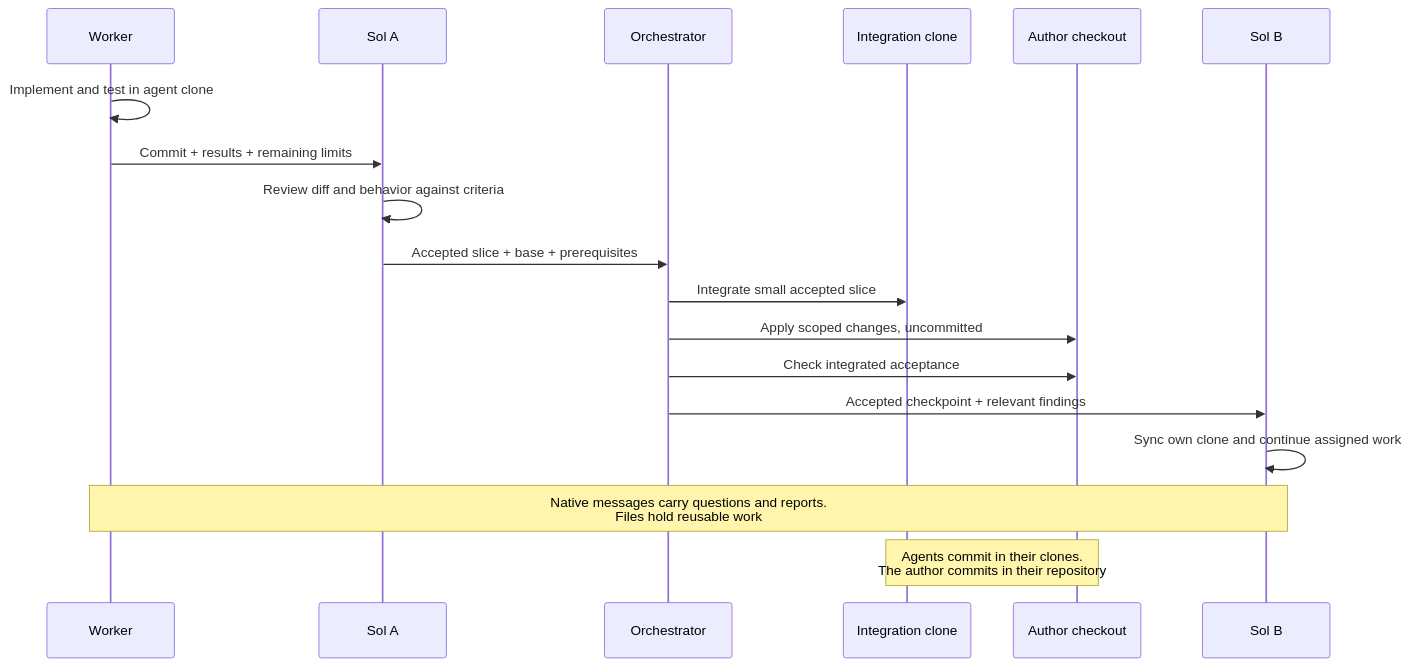
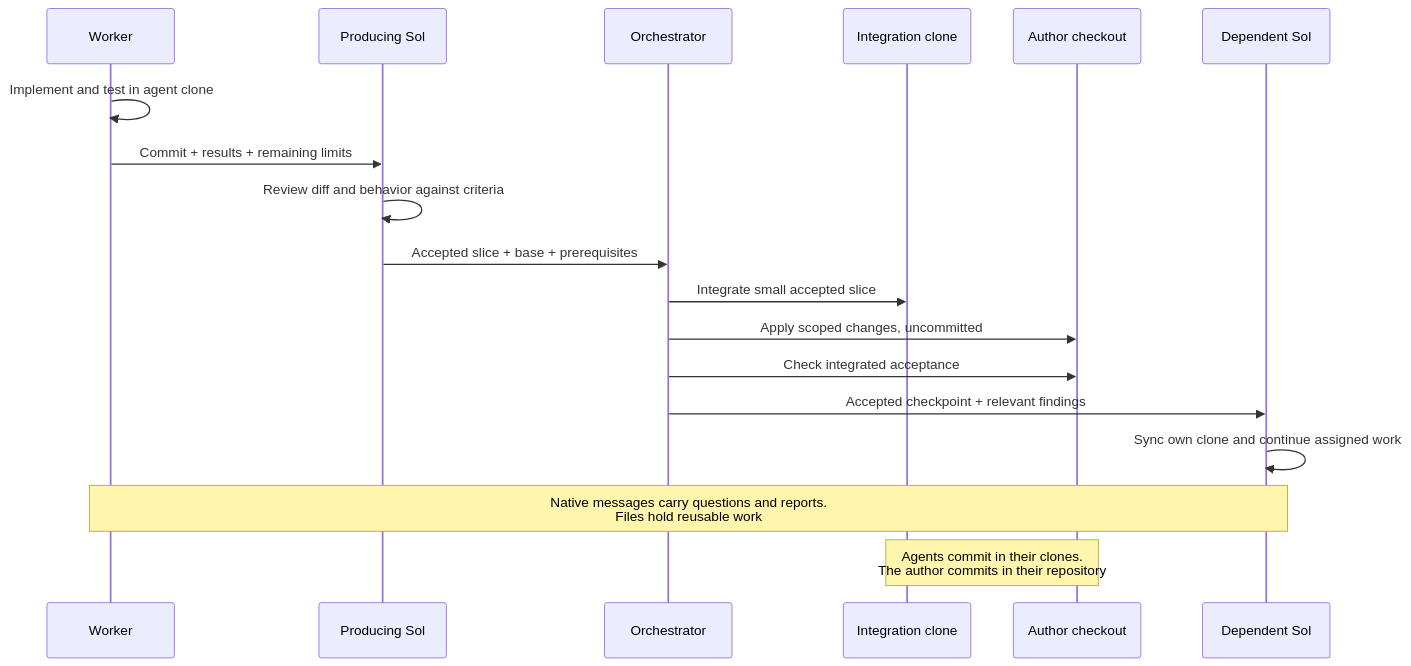
Before and after one commit to halkliff/halkliff-skills: the third of 3 diagrams in docs/orchestrate-work.md, drawn with Mermaid. The commit also changed other lines of this file and 5 other files, not shown here.

````diff
--- a/docs/orchestrate-work.md
+++ b/docs/orchestrate-work.md
@@ -78,21 +83,21 @@
 ```mermaid
 sequenceDiagram
     participant W as Worker
-    participant S as Sol A
+    participant S as Producing Sol
     participant A as Orchestrator
     participant I as Integration clone
     participant M as Author checkout
-    participant B as Sol B
+    participant B as Dependent Sol
 
     W->>W: Implement and test in agent clone
     W->>S: Commit + results + remaining limits
     S->>S: Review diff and behavior against criteria
     S->>A: Accepted slice + base + prerequisites
     A->>I: Integrate small accepted slice
     A->>M: Apply scoped changes, uncommitted
     A->>M: Check integrated acceptance
     A->>B: Accepted checkpoint + relevant findings
     B->>B: Sync own clone and continue assigned work
     Note over W,B: Native messages carry questions and reports.<br/>Files hold reusable work
     Note over I,M: Agents commit in their clones.<br/>The author commits in their repository
 ```
````
